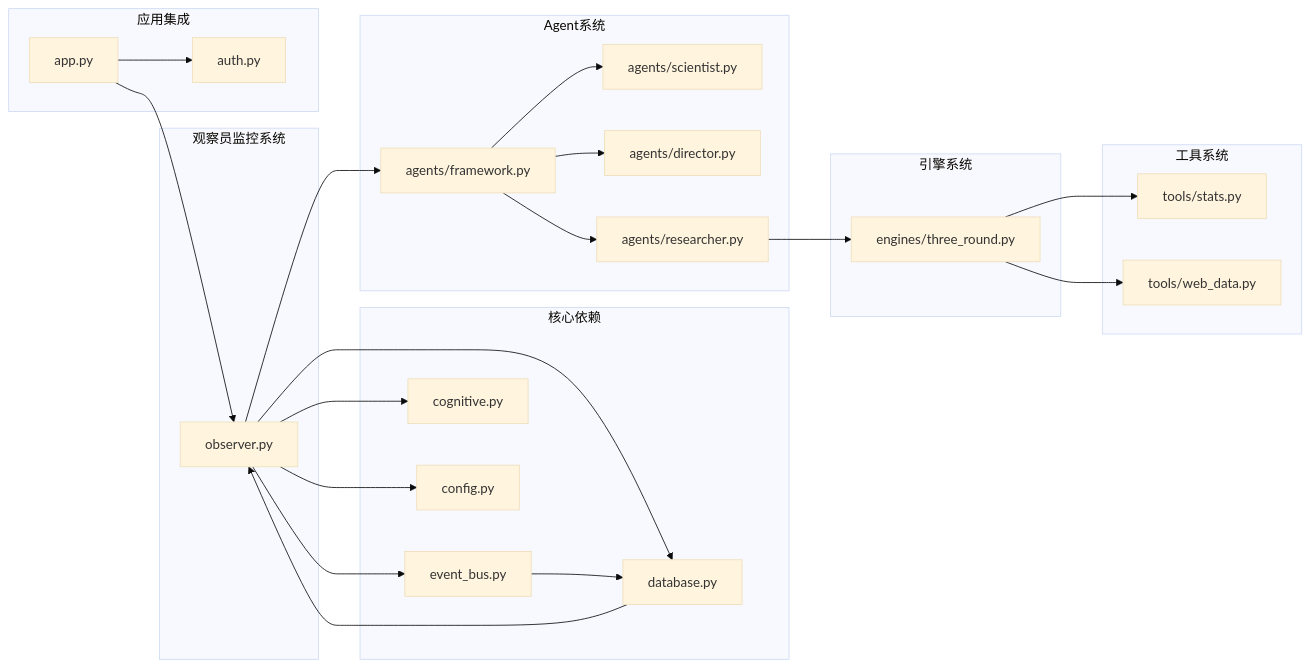
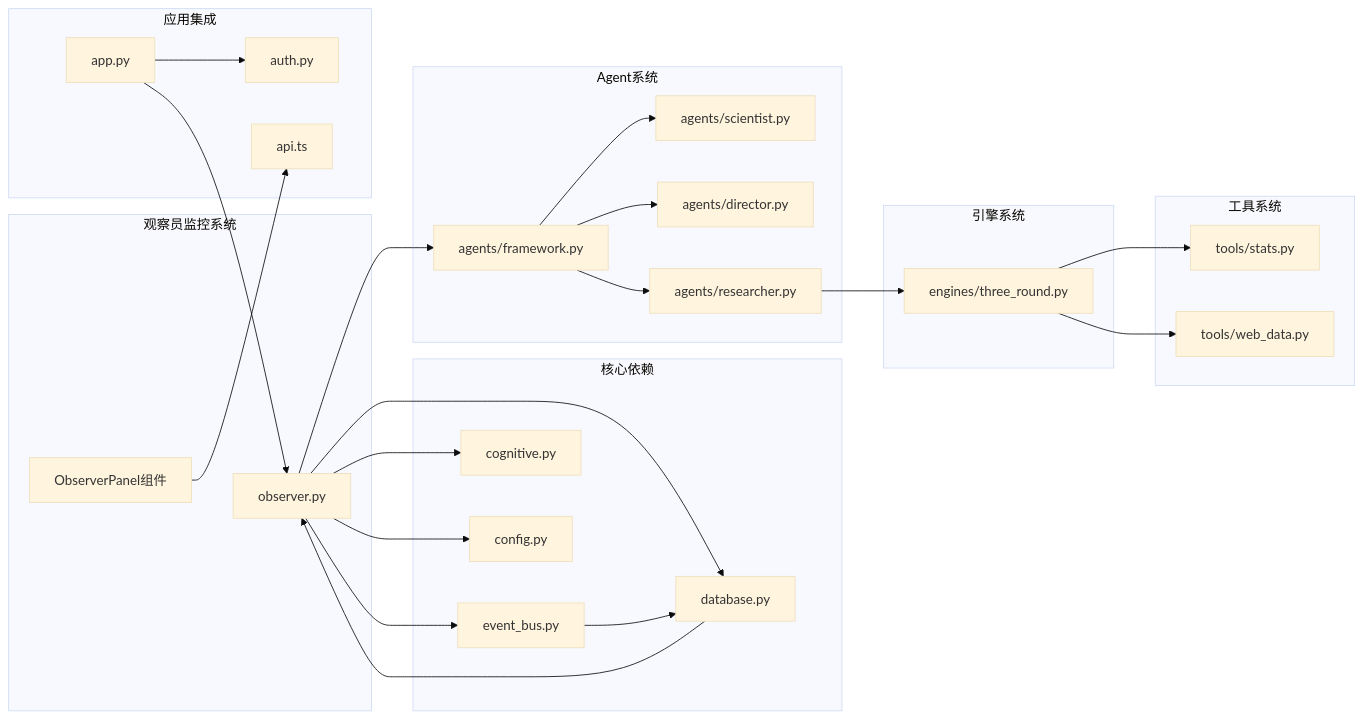
Before and after one commit to GDY-ai/ainstein: the ninth of 9 diagrams in .qoder/repowiki/zh/content/系统架构/硅基大脑蓝图/观察员监控系统.md, drawn with Mermaid (base theme). The commit also changed other lines of this file and 19 other files, not shown here.

````diff
--- a/.qoder/repowiki/zh/content/系统架构/硅基大脑蓝图/观察员监控系统.md
+++ b/.qoder/repowiki/zh/content/系统架构/硅基大脑蓝图/观察员监控系统.md
@@ -328,44 +491,47 @@
 ```mermaid
 graph LR
 subgraph "观察员监控系统"
 Observer[observer.py]
+ObserverPanel[ObserverPanel组件]
 end
 subgraph "核心依赖"
 EventBus[event_bus.py]
 Database[database.py]
 Cognitive[cognitive.py]
 Config[config.py]
 end
 subgraph "应用集成"
 App[app.py]
 Auth[auth.py]
+API[api.ts]
 end
 subgraph "Agent系统"
 Framework[agents/framework.py]
 Scientist[agents/scientist.py]
 Director[agents/director.py]
 Researcher[agents/researcher.py]
 end
 subgraph "引擎系统"
 ThreeRound[engines/three_round.py]
 end
 subgraph "工具系统"
 Stats[tools/stats.py]
 WebData[tools/web_data.py]
 end
 Observer --> EventBus
 Observer --> Database
 Observer --> Cognitive
 Observer --> Config
+ObserverPanel --> API
 App --> Observer
 App --> Auth
 Observer --> Framework
 Framework --> Scientist
 Framework --> Director
 Framework --> Researcher
 Researcher --> ThreeRound
 ThreeRound --> Stats
 ThreeRound --> WebData
 EventBus --> Database
 Database --> Observer
 ```
````
